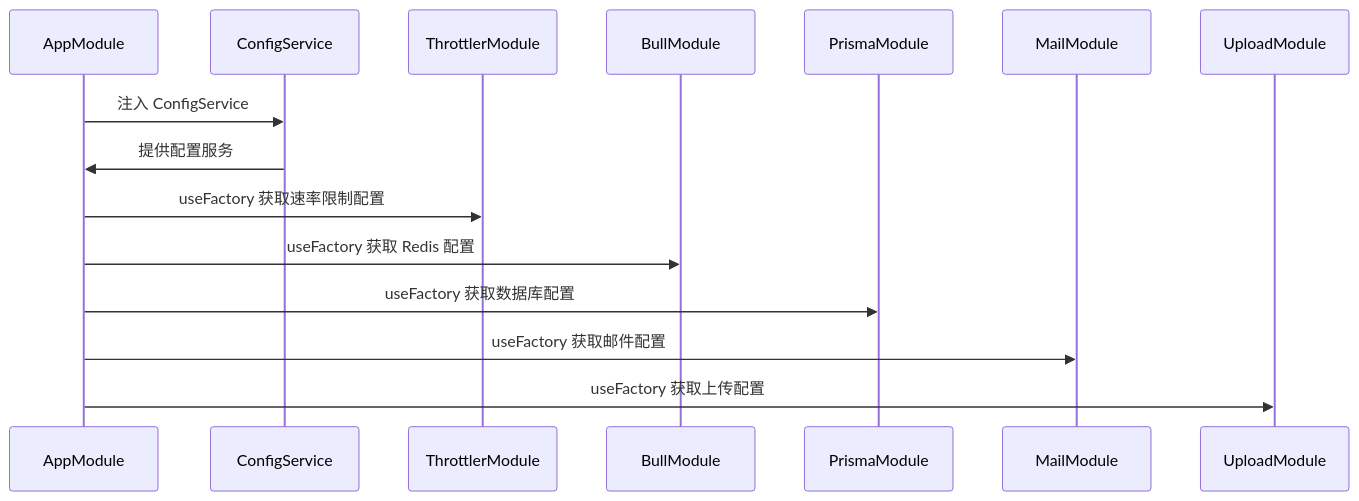
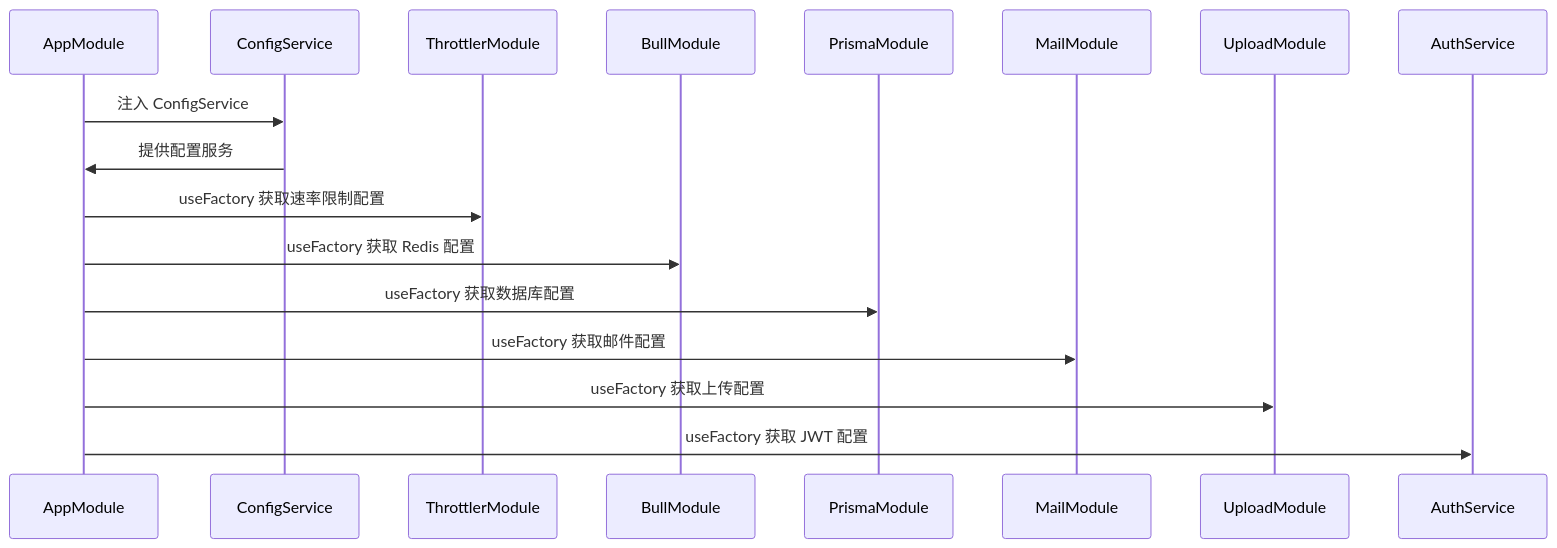
Before and after one commit to xixixiaoyu/vue3-nest-template: the first of 3 diagrams in .qoder/repowiki/zh/content/架构设计/后端架构/配置管理.md, drawn with Mermaid. The commit also changed other lines of this file and 5 other files, not shown here.

````diff
--- a/.qoder/repowiki/zh/content/架构设计/后端架构/配置管理.md
+++ b/.qoder/repowiki/zh/content/架构设计/后端架构/配置管理.md
@@ -119,17 +134,19 @@
 ```mermaid
 sequenceDiagram
 participant AppModule
 participant ConfigService
 participant ThrottlerModule
 participant BullModule
 participant PrismaModule
 participant MailModule
 participant UploadModule
+participant AuthService
 AppModule->>ConfigService : 注入 ConfigService
 ConfigService->>AppModule : 提供配置服务
 AppModule->>ThrottlerModule : useFactory 获取速率限制配置
 AppModule->>BullModule : useFactory 获取 Redis 配置
 AppModule->>PrismaModule : useFactory 获取数据库配置
 AppModule->>MailModule : useFactory 获取邮件配置
 AppModule->>UploadModule : useFactory 获取上传配置
+AppModule->>AuthService : useFactory 获取 JWT 配置
 ```
````
